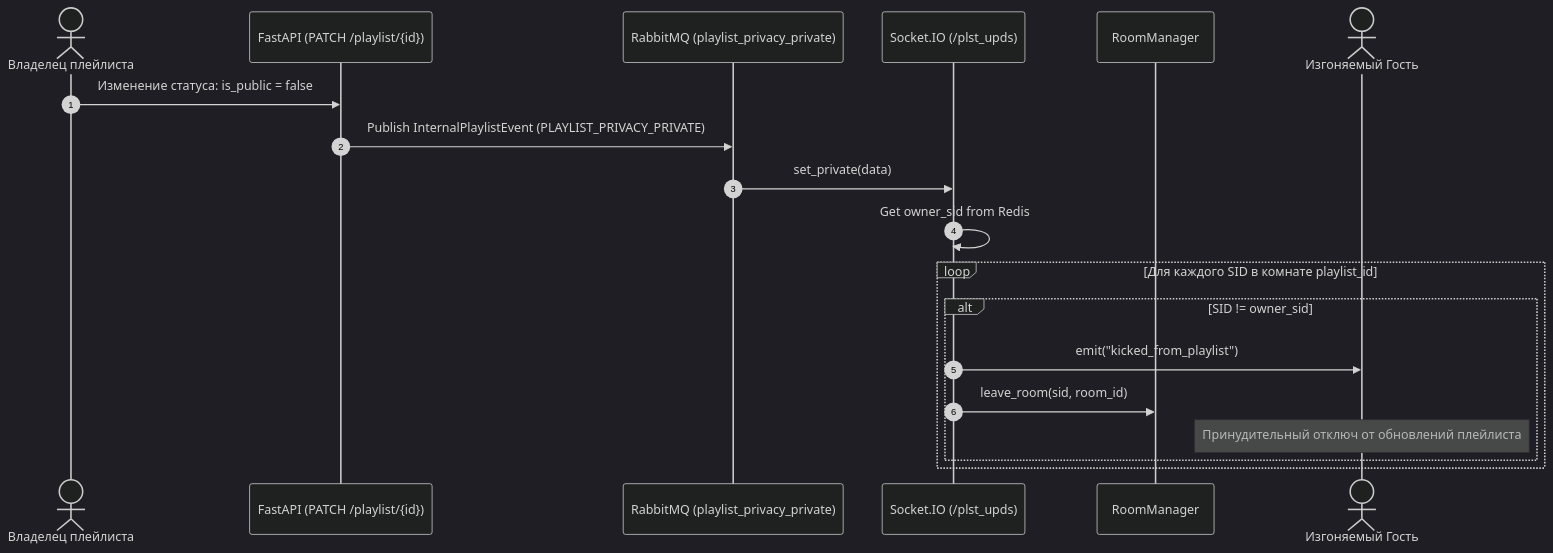
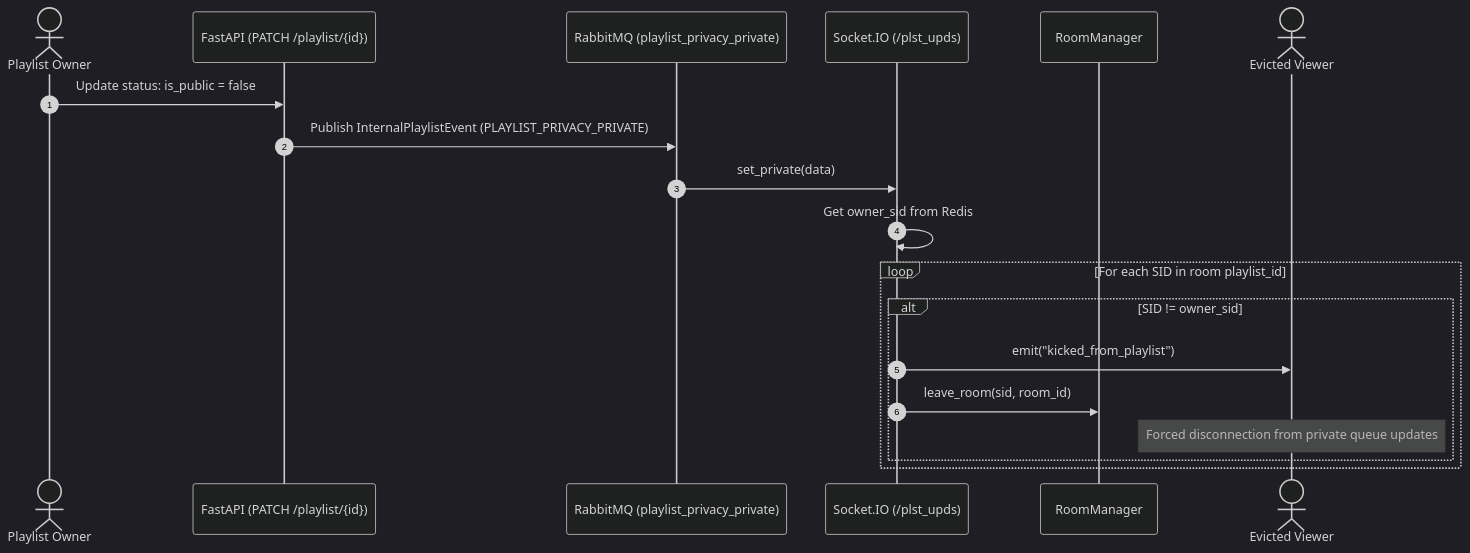
The third of 4 diagrams in docs/core/realtime.md (DustGalaxy/openplaylist-mono), drawn with Mermaid (dark theme) before and after one commit. The commit also changed other lines of this file and 21 other files, not shown here.

Commit message:
docs: translate technical architecture and component guides to English

````diff
--- a/docs/core/realtime.md
+++ b/docs/core/realtime.md
@@ -109,24 +109,24 @@
 ```mermaid
 sequenceDiagram
     autonumber
-    actor Owner as Владелец плейлиста
+    actor Owner as Playlist Owner
     participant API as FastAPI (PATCH /playlist/{id})
     participant Rabbit as RabbitMQ (playlist_privacy_private)
     participant SIO as Socket.IO (/plst_upds)
     participant Room as RoomManager
-    actor Guest as Изгоняемый Гость
+    actor Guest as Evicted Viewer
 
-    Owner->>API: Изменение статуса: is_public = false
+    Owner->>API: Update status: is_public = false
     API->>Rabbit: Publish InternalPlaylistEvent (PLAYLIST_PRIVACY_PRIVATE)
     
     Rabbit->>SIO: set_private(data)
     SIO->>SIO: Get owner_sid from Redis
     
-    loop Для каждого SID в комнате playlist_id
+    loop For each SID in room playlist_id
         alt SID != owner_sid
             SIO->>Guest: emit("kicked_from_playlist")
             SIO->>Room: leave_room(sid, room_id)
-            Note over Guest: Принудительный отключ от обновлений плейлиста
+            Note over Guest: Forced disconnection from private queue updates
         end
     end
 ```
````
